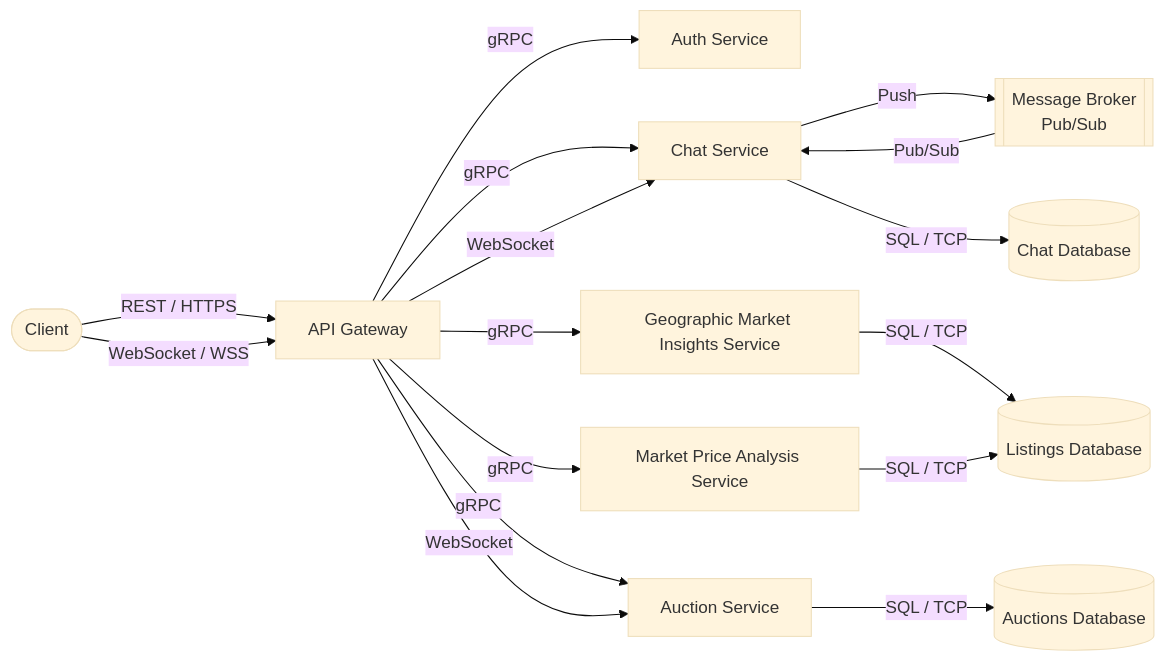
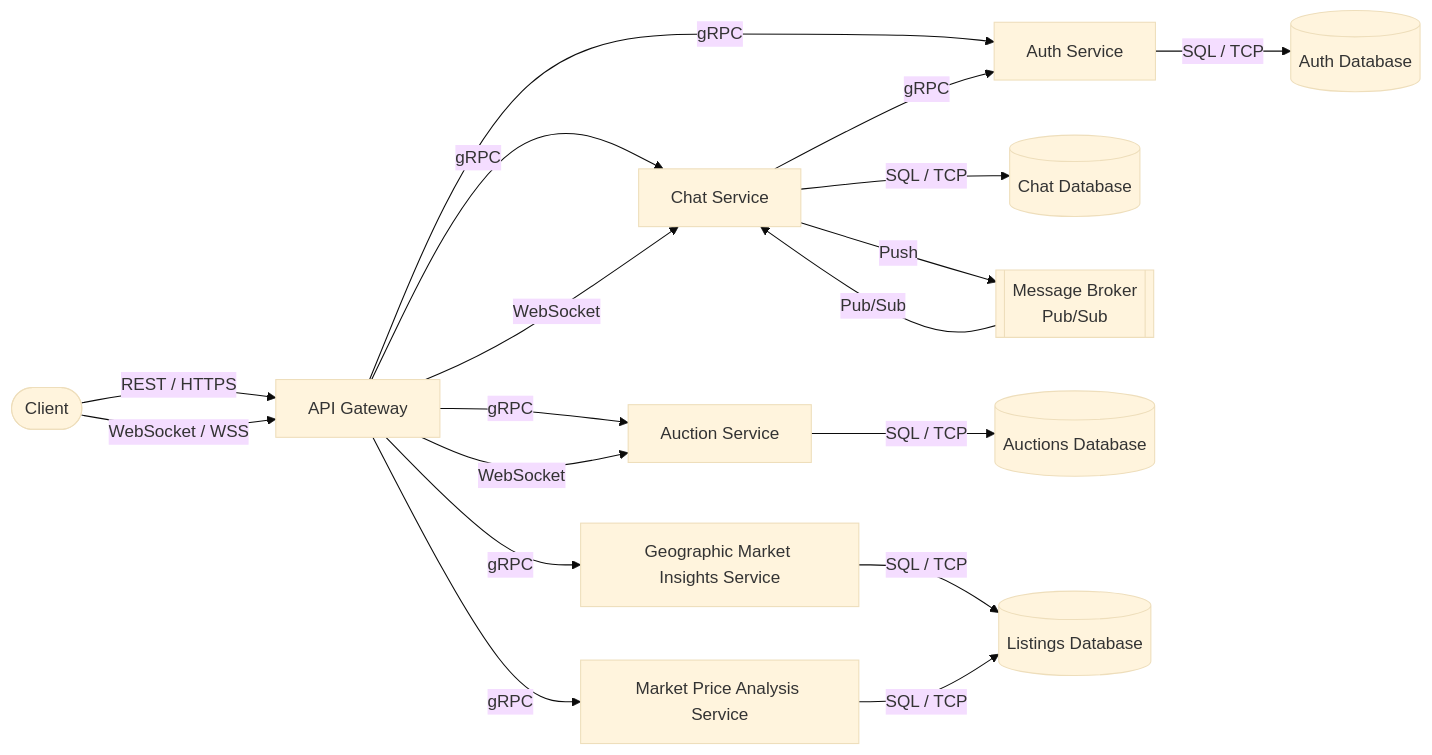
One commit to cheestree/kloud-motors changed the diagram in docs/phase-3.md. Above: the diagram before and after it, drawn with Mermaid (base theme).

Commit message:
Updated Application architecture connect chat with auth and added auth_db

````diff
--- a/docs/phase-3.md
+++ b/docs/phase-3.md
@@ -111,43 +111,47 @@
 ```mermaid
 graph LR
     CLIENT([Client])
     API[API Gateway]
 
     AUTH[Auth Service]
+    AUTH_DB[(Auth Database)]
     
     CHAT[Chat Service]
     CHAT_DB[(Chat Database)]
     MESSAGE_BROKER[[Message Broker<br/>Pub/Sub]]
     
     GEO_MARKET[Geographic Market Insights Service]
     
     MARKET_PRICE[Market Price Analysis Service]
     
     AUCTION[Auction Service]
     AUCTION_DB[(Auctions Database)]
 
     DB[(Listings Database)]
 
     CLIENT -- REST / HTTPS --> API
     CLIENT -- WebSocket / WSS --> API
 
     API -- gRPC --> AUTH
 
     API -- gRPC --> CHAT
     API -- WebSocket --> CHAT
 
     API -- gRPC --> GEO_MARKET
     API -- gRPC --> MARKET_PRICE
     
     API -- gRPC --> AUCTION
     API -- WebSocket --> AUCTION
 
+    AUTH -- SQL / TCP --> AUTH_DB
+
     MESSAGE_BROKER -- Pub/Sub --> CHAT
     CHAT -- Push --> MESSAGE_BROKER
+    CHAT -- gRPC --> AUTH
 
     GEO_MARKET -- SQL / TCP --> DB
     MARKET_PRICE -- SQL / TCP --> DB
 
     CHAT -- SQL / TCP --> CHAT_DB
     AUCTION -- SQL / TCP --> AUCTION_DB
 ```
````
